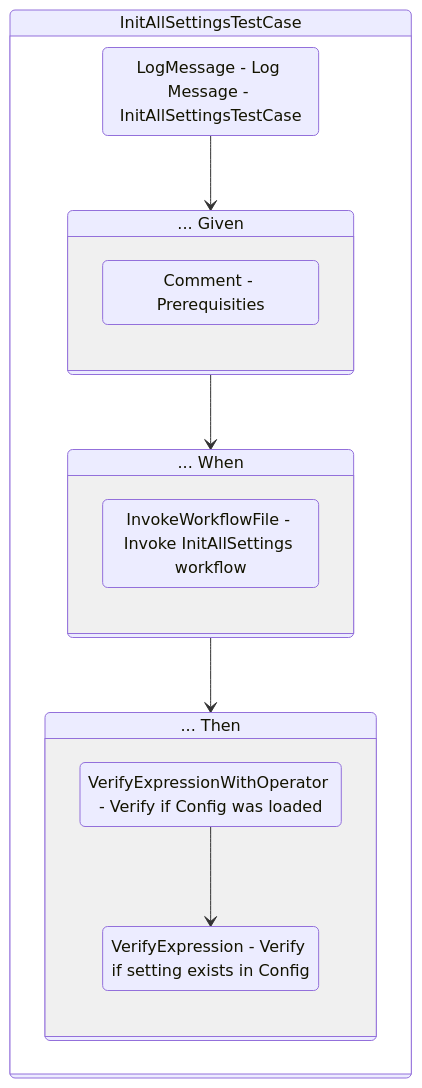
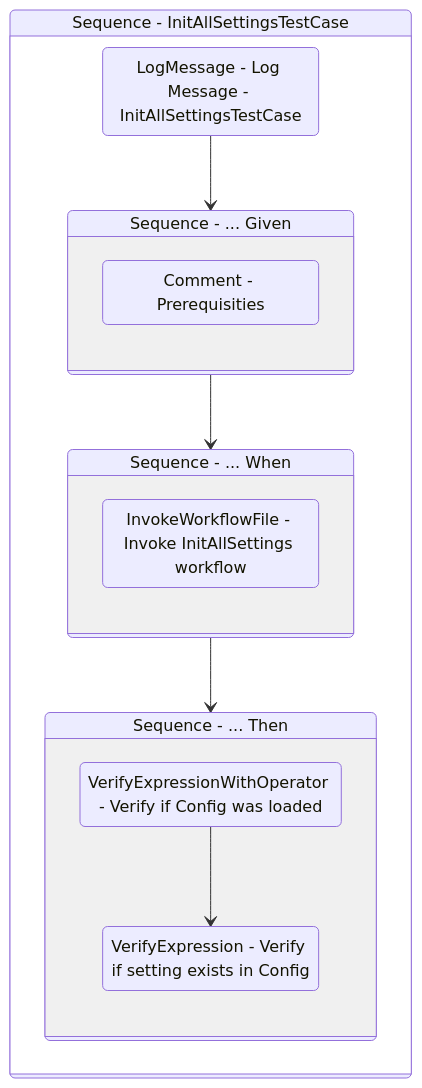
The diagram in Documentation/.templates/Performers/REFramework/Tests/InitAllSettingsTestCase.md (yashbrahmbhatt/LazyFramework), drawn with Mermaid before and after one commit. The commit also changed 78 other files, not shown here.

````diff
--- a/Documentation/.templates/Performers/REFramework/Tests/InitAllSettingsTestCase.md
+++ b/Documentation/.templates/Performers/REFramework/Tests/InitAllSettingsTestCase.md
@@ -97,30 +97,30 @@
 ```mermaid
 stateDiagram-v2
 
 
-Sequence_1: InitAllSettingsTestCase
+Sequence_1: Sequence - InitAllSettingsTestCase
 state Sequence_1 {
 direction TB
 LogMessage_1 : LogMessage - Log Message - InitAllSettingsTestCase
 LogMessage_1 --> Sequence_2
-Sequence_2: ... Given
+Sequence_2: Sequence - ... Given
 state Sequence_2 {
 direction TB
 Comment_1 : Comment - Prerequisities
 }
 Sequence_2 --> Sequence_3
-Sequence_3: ... When
+Sequence_3: Sequence - ... When
 state Sequence_3 {
 direction TB
 InvokeWorkflowFile_1 : InvokeWorkflowFile - Invoke InitAllSettings workflow
 }
 Sequence_3 --> Sequence_4
-Sequence_4: ... Then
+Sequence_4: Sequence - ... Then
 state Sequence_4 {
 direction TB
 VerifyExpressionWithOperator_1 : VerifyExpressionWithOperator - Verify if Config was loaded
 VerifyExpression_1 : VerifyExpression - Verify if setting exists in Config
 VerifyExpressionWithOperator_1 --> VerifyExpression_1
 }
 }
 ```
````
